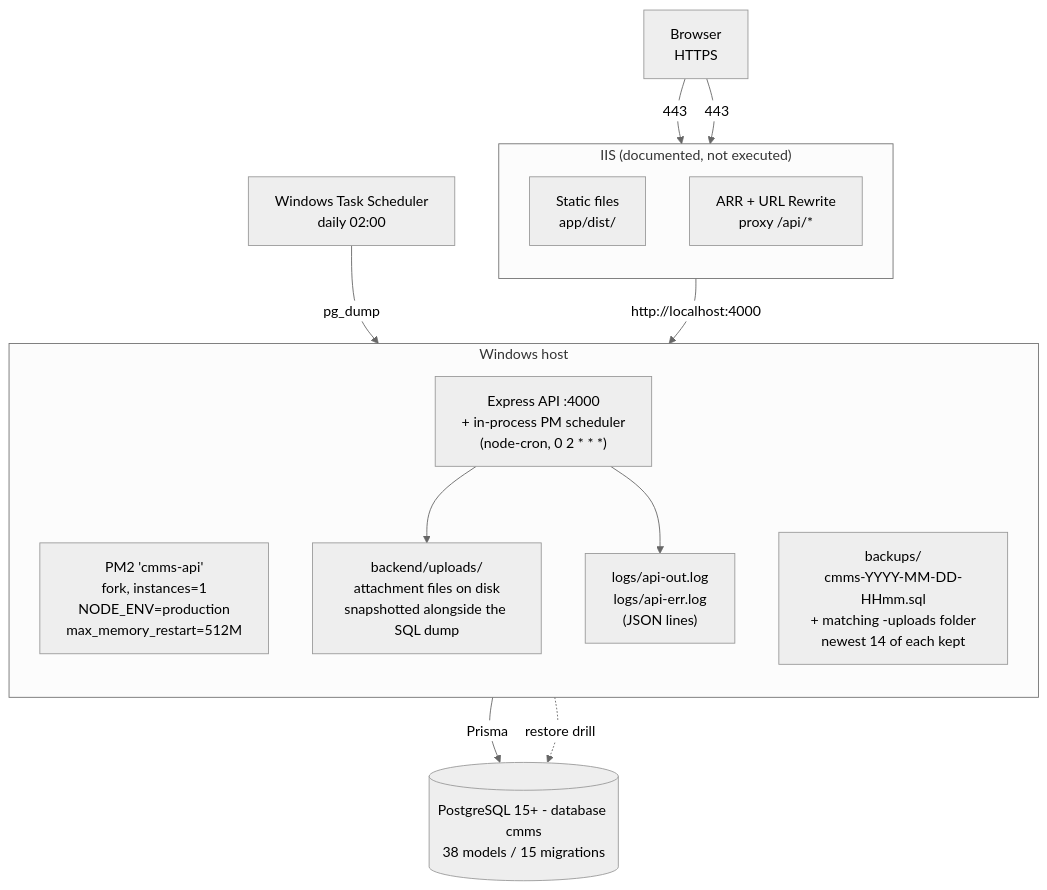
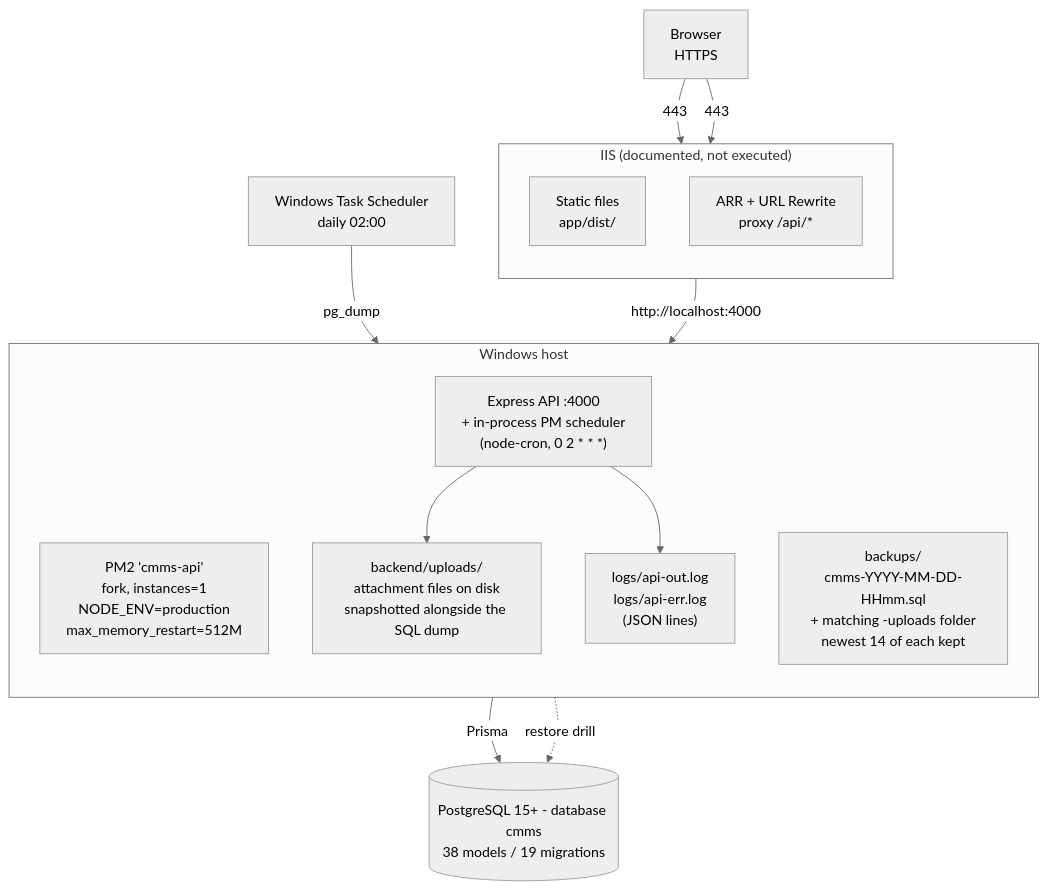
Before and after one commit to MohammedAlmaqan/CMMSproject: the diagram in docs/ARCHITECTURE.md, drawn with Mermaid (neutral theme). The commit also changed other lines of this file and 3 other files, not shown here.

````diff
--- a/docs/ARCHITECTURE.md
+++ b/docs/ARCHITECTURE.md
@@ -43,31 +43,31 @@
 ```mermaid
 flowchart TB
     B["Browser<br/>HTTPS"]
 
     subgraph IIS["IIS (documented, not executed)"]
         direction TB
         STATIC["Static files<br/>app/dist/"]
         PROXY["ARR + URL Rewrite<br/>proxy /api/*"]
     end
 
     subgraph HOST["Windows host"]
         direction TB
         PM2["PM2 'cmms-api'<br/>fork, instances=1<br/>NODE_ENV=production<br/>max_memory_restart=512M"]
         API["Express API :4000<br/>+ in-process PM scheduler<br/>(node-cron, 0 2 * * *)"]
         LOGS["logs/api-out.log<br/>logs/api-err.log<br/>(JSON lines)"]
         UPL["backend/uploads/<br/>attachment files on disk<br/>snapshotted alongside the SQL dump"]
         BK["backups/<br/>cmms-YYYY-MM-DD-HHmm.sql<br/>+ matching -uploads folder<br/>newest 14 of each kept"]
     end
 
-    DB[("PostgreSQL 15+ - database cmms<br/>38 models / 15 migrations")]
+    DB[("PostgreSQL 15+ - database cmms<br/>38 models / 19 migrations")]
     TASKSCHED["Windows Task Scheduler<br/>daily 02:00"]
 
     B -->|443| STATIC
     B -->|443| PROXY
     PROXY -->|http://localhost:4000| API
     API -->|Prisma| DB
     API --> UPL
     API --> LOGS
     TASKSCHED -->|pg_dump| BK
     BK -.->|restore drill| DB
 ```
````
